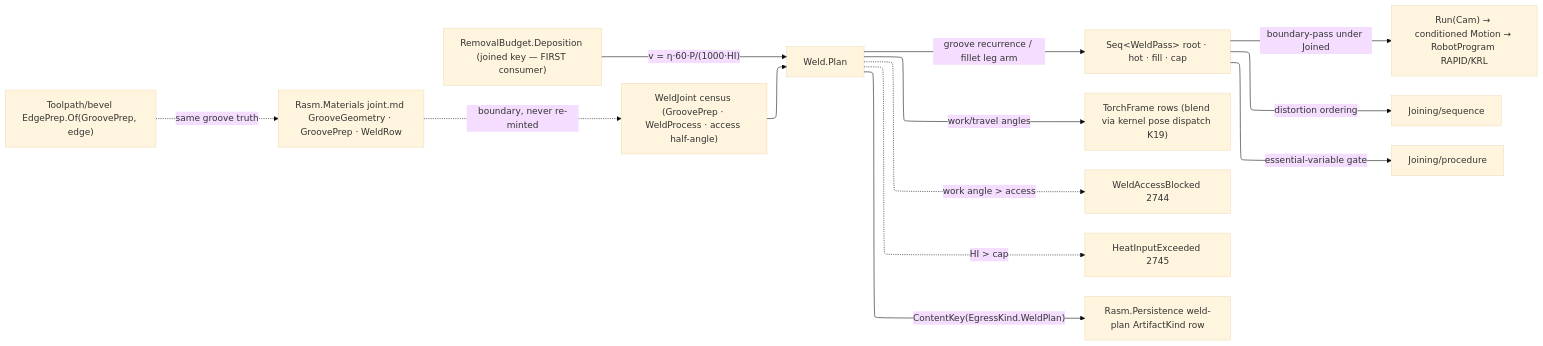
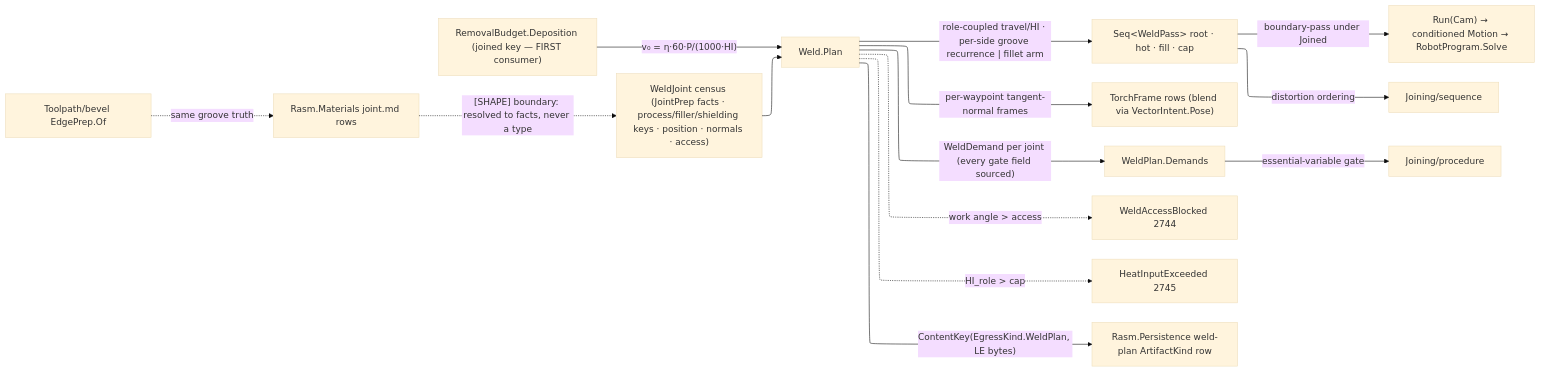
The diagram in libs/csharp/Rasm.Fabrication/.planning/Joining/weld.md (bsamiee/Rasm), drawn with Mermaid before and after one commit. The commit also changed other lines of this file and 79 other files, not shown here.

````diff
--- a/libs/csharp/Rasm.Fabrication/.planning/Joining/weld.md
+++ b/libs/csharp/Rasm.Fabrication/.planning/Joining/weld.md
@@ -175,20 +269,21 @@
 ```mermaid
 ---
 config:
   layout: elk
   theme: base
 ---
 flowchart LR
-    Joint["WeldJoint census (GroovePrep · WeldProcess · access half-angle)"] --> Plan["Weld.Plan"]
-    Budget["RemovalBudget.Deposition (joined key — FIRST consumer)"] -->|"v = η·60·P/(1000·HI)"| Plan
-    Materials["Rasm.Materials joint.md GrooveGeometry · GroovePrep · WeldRow"] -.->|boundary, never re-minted| Joint
-    Plan -->|groove recurrence / fillet leg arm| Passes["Seq&lt;WeldPass&gt; root · hot · fill · cap"]
-    Plan -->|work/travel angles| Frames["TorchFrame rows (blend via kernel pose dispatch K19)"]
+    Joint["WeldJoint census (JointPrep facts · process/filler/shielding keys · position · normals · access)"] --> Plan["Weld.Plan"]
+    Budget["RemovalBudget.Deposition (joined key — FIRST consumer)"] -->|"v₀ = η·60·P/(1000·HI)"| Plan
+    Materials["Rasm.Materials joint.md rows"] -.->|"[SHAPE] boundary: resolved to facts, never a type"| Joint
+    Plan -->|"role-coupled travel/HI · per-side groove recurrence | fillet arm"| Passes["Seq&lt;WeldPass&gt; root · hot · fill · cap"]
+    Plan -->|per-waypoint tangent-normal frames| Frames["TorchFrame rows (blend via VectorIntent.Pose)"]
+    Plan -->|"WeldDemand per joint (every gate field sourced)"| Demands["WeldPlan.Demands"]
     Plan -.->|"work angle > access"| A2744["WeldAccessBlocked 2744"]
-    Plan -.->|"HI > cap"| A2745["HeatInputExceeded 2745"]
-    Passes -->|"boundary-pass under Joined"| Cam["Run(Cam) → conditioned Motion → RobotProgram RAPID/KRL"]
+    Plan -.->|"HI_role > cap"| A2745["HeatInputExceeded 2745"]
+    Passes -->|"boundary-pass under Joined"| Cam["Run(Cam) → conditioned Motion → RobotProgram.Solve"]
     Passes -->|distortion ordering| Sequence["Joining/sequence"]
-    Passes -->|essential-variable gate| Procedure["Joining/procedure"]
-    Plan -->|"ContentKey(EgressKind.WeldPlan)"| Persist["Rasm.Persistence weld-plan ArtifactKind row"]
-    Prep["Toolpath/bevel EdgePrep.Of(GroovePrep, edge)"] -.->|same groove truth| Materials
+    Demands -->|essential-variable gate| Procedure["Joining/procedure"]
+    Plan -->|"ContentKey(EgressKind.WeldPlan, LE bytes)"| Persist["Rasm.Persistence weld-plan ArtifactKind row"]
+    Prep["Toolpath/bevel EdgePrep.Of"] -.->|same groove truth| Materials
 ```
````
